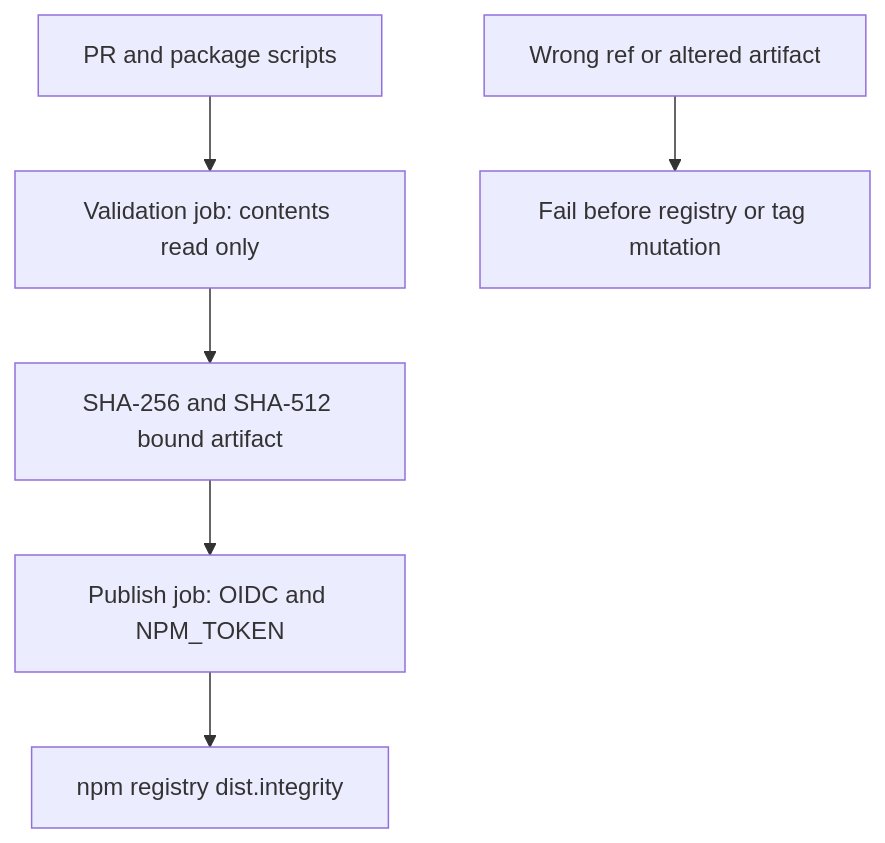
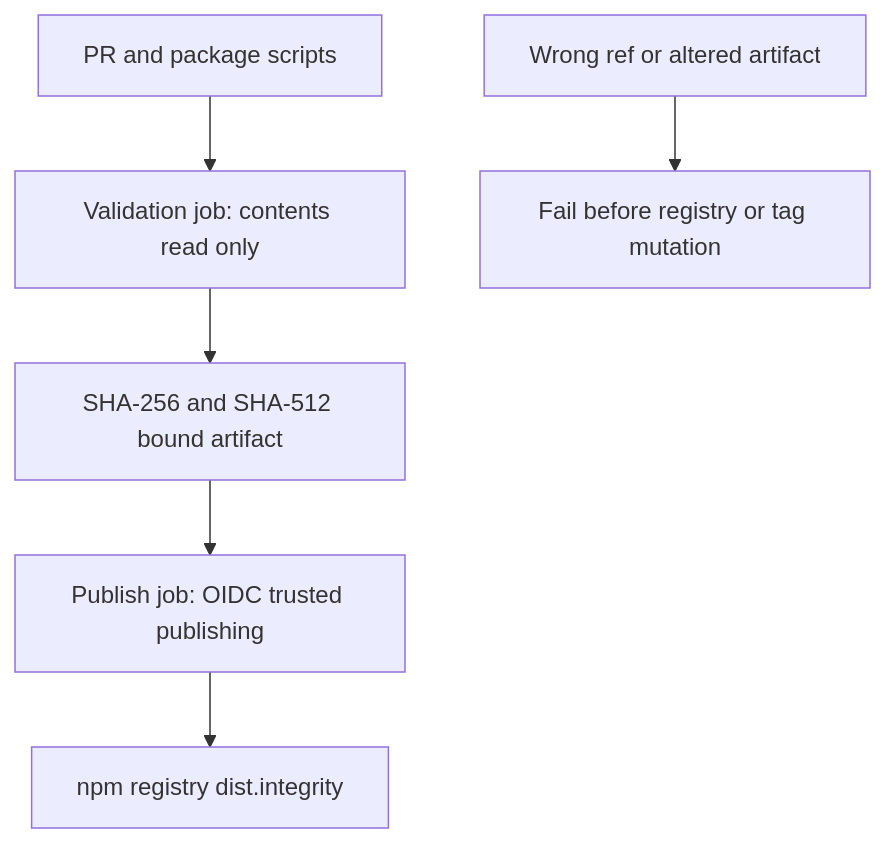
The third of 3 diagrams in docs/specs/story-brainbase-oss-npm-release.md (Unson-LLC/brainbase), drawn with Mermaid before and after one commit. The commit also changed other lines of this file and 7 other files, not shown here.

First line of the commit message:
ci: npm公開をNPM_TOKENからTrusted Publishing（OIDC）へ切り替える

````diff
--- a/docs/specs/story-brainbase-oss-npm-release.md
+++ b/docs/specs/story-brainbase-oss-npm-release.md
@@ -129,8 +129,8 @@
 ```mermaid
 flowchart TD
   untrusted["PR and package scripts"] --> readonly["Validation job: contents read only"]
   readonly --> artifact["SHA-256 and SHA-512 bound artifact"]
-  artifact --> privileged["Publish job: OIDC and NPM_TOKEN"]
+  artifact --> privileged["Publish job: OIDC trusted publishing"]
   privileged --> registry["npm registry dist.integrity"]
   attacker["Wrong ref or altered artifact"] --> reject["Fail before registry or tag mutation"]
 ```
````
